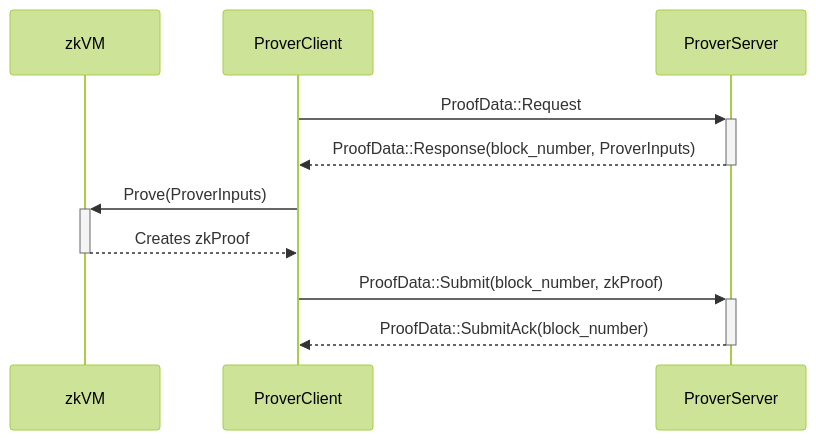
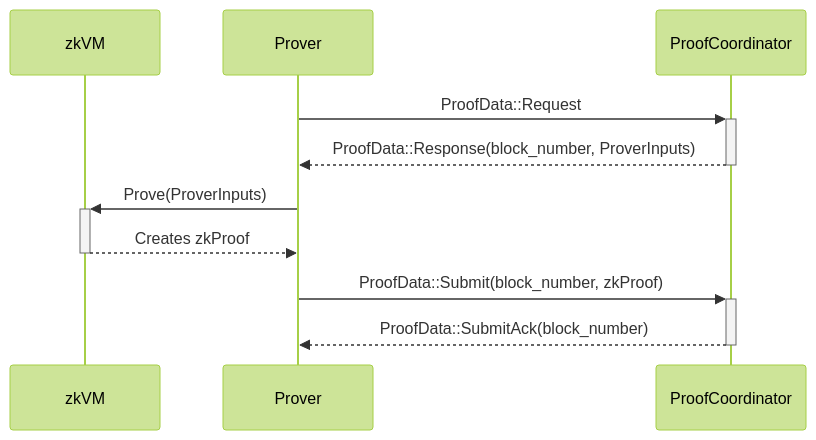
The diagram in crates/l2/docs/prover.md (lambdaclass/ethrex), drawn with Mermaid (forest theme) before and after one commit. The commit also changed other lines of this file and 19 other files, not shown here.

First line of the commit message:
chore(l2): separete ProverServer and ProofSender (#2478)

````diff
--- a/crates/l2/docs/prover.md
+++ b/crates/l2/docs/prover.md
@@ -32,12 +32,12 @@
 ```mermaid
 sequenceDiagram
     participant zkVM
-    participant ProverClient
-    participant ProverServer
-    ProverClient->>+ProverServer: ProofData::Request
-    ProverServer-->>-ProverClient: ProofData::Response(block_number, ProverInputs)
-    ProverClient->>+zkVM: Prove(ProverInputs)
-    zkVM-->>-ProverClient: Creates zkProof
-    ProverClient->>+ProverServer: ProofData::Submit(block_number, zkProof)
-    ProverServer-->>-ProverClient: ProofData::SubmitAck(block_number)
+    participant Prover
+    participant ProofCoordinator
+    Prover->>+ProofCoordinator: ProofData::Request
+    ProofCoordinator-->>-Prover: ProofData::Response(block_number, ProverInputs)
+    Prover->>+zkVM: Prove(ProverInputs)
+    zkVM-->>-Prover: Creates zkProof
+    Prover->>+ProofCoordinator: ProofData::Submit(block_number, zkProof)
+    ProofCoordinator-->>-Prover: ProofData::SubmitAck(block_number)
 ```
````
